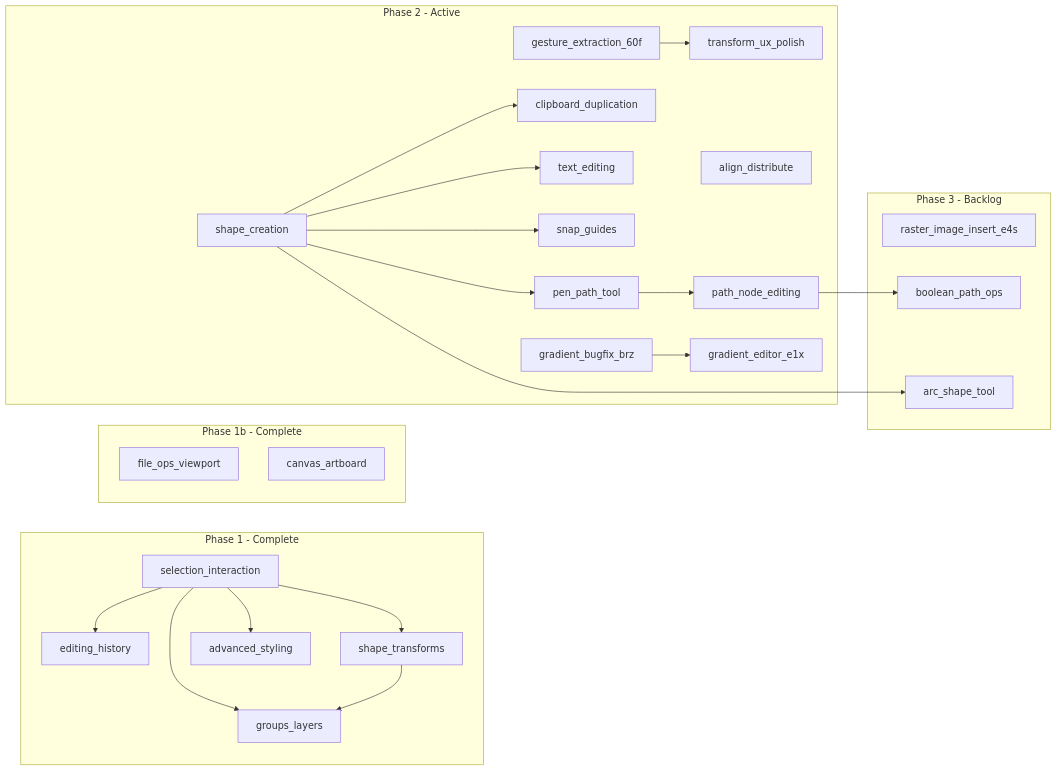
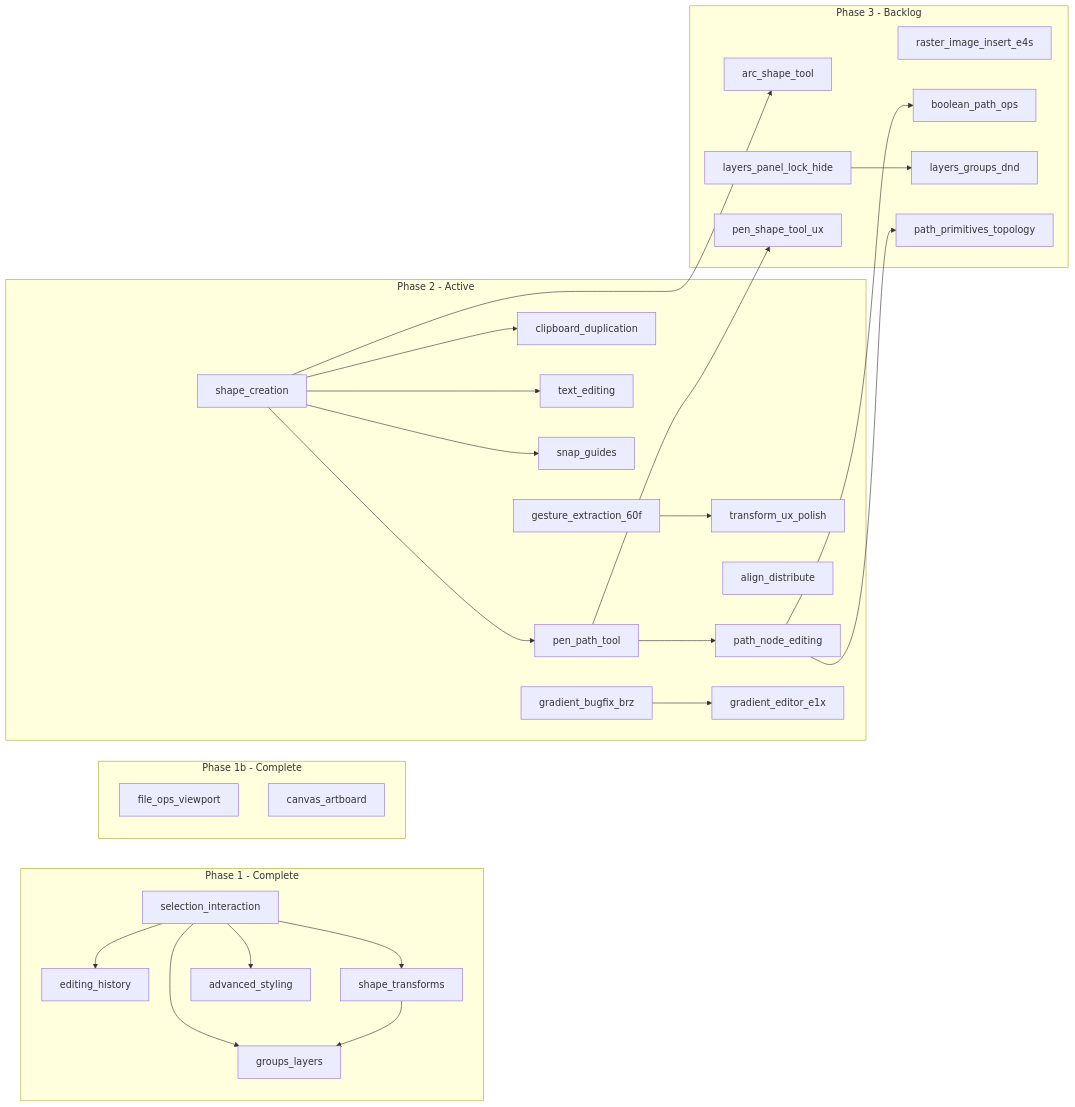
Before and after one commit to nbeckindy/svg-editor: the diagram in plans/ROADMAP.md, drawn with Mermaid. The commit also changed other lines of this file and 5 other files, not shown here.

First line of the commit message:
feat(roadmap): update roadmap with new epics for layer management and path editing

````diff
--- a/plans/ROADMAP.md
+++ b/plans/ROADMAP.md
@@ -114,50 +118,57 @@
 ```mermaid
 flowchart LR
   subgraph phase1 [Phase 1 - Complete]
     e1[selection_interaction]
     e2[editing_history]
     e3[shape_transforms]
     e4[groups_layers]
     e5[advanced_styling]
     e1 --> e2
     e1 --> e3
     e1 --> e4
     e3 --> e4
     e1 --> e5
   end
 
   subgraph phase1b [Phase 1b - Complete]
     e9[file_ops_viewport]
     e14[canvas_artboard]
   end
 
   subgraph phase2 [Phase 2 - Active]
     refactor[gesture_extraction_60f]
     e6[transform_ux_polish]
     e7[shape_creation]
     e8[clipboard_duplication]
     e10[text_editing]
     e11[align_distribute]
     e12[snap_guides]
     e13[pen_path_tool]
     e15[path_node_editing]
     bugfix_brz[gradient_bugfix_brz]
     gradient_e1x[gradient_editor_e1x]
     refactor --> e6
     e7 --> e8
     e7 --> e10
     e7 --> e12
     e7 --> e13
     e13 --> e15
     bugfix_brz --> gradient_e1x
   end
 
   subgraph phase3 [Phase 3 - Backlog]
     e19[raster_image_insert_e4s]
     e21[boolean_path_ops]
     e22[arc_shape_tool]
+    e23[layers_panel_lock_hide]
+    e24[layers_groups_dnd]
+    e25[path_primitives_topology]
+    e26[pen_shape_tool_ux]
   end
 
   e15 --> e21
   e7 --> e22
+  e23 --> e24
+  e15 --> e25
+  e13 --> e26
 ```
````
